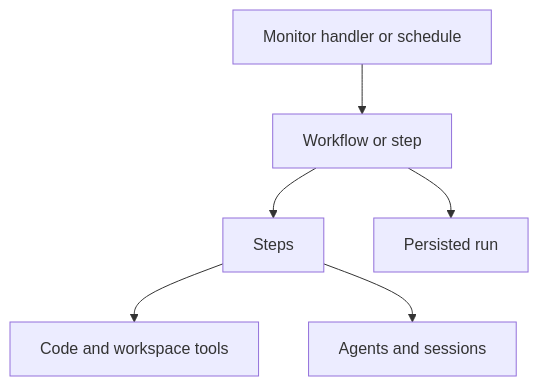
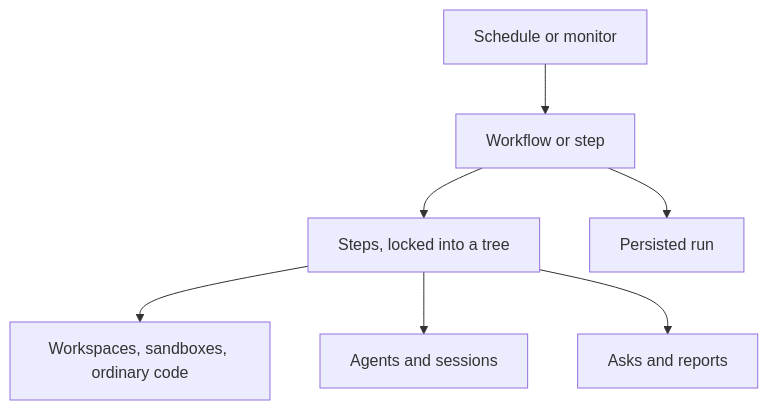
One commit to Francois-Esquire/foundry changed the diagram in docs/quirks/concepts/index.mdx. Above: the diagram before and after it, drawn with Mermaid. The commit also changed other lines of this file and 3 other files, not shown here.

````diff
--- a/docs/quirks/concepts/index.mdx
+++ b/docs/quirks/concepts/index.mdx
@@ -17,8 +25,9 @@
 ```mermaid
 flowchart TD
-    M[Monitor handler or schedule] --> W[Workflow or step]
-    W --> S[Steps]
-    S --> C[Code and workspace tools]
+    T[Schedule or monitor] --> W[Workflow or step]
+    W --> S[Steps, locked into a tree]
+    S --> C[Workspaces, sandboxes, ordinary code]
     S --> A[Agents and sessions]
-    W --> R[Persisted run]
+    S --> R[Asks and reports]
+    W --> P[Persisted run]
 ```
````
